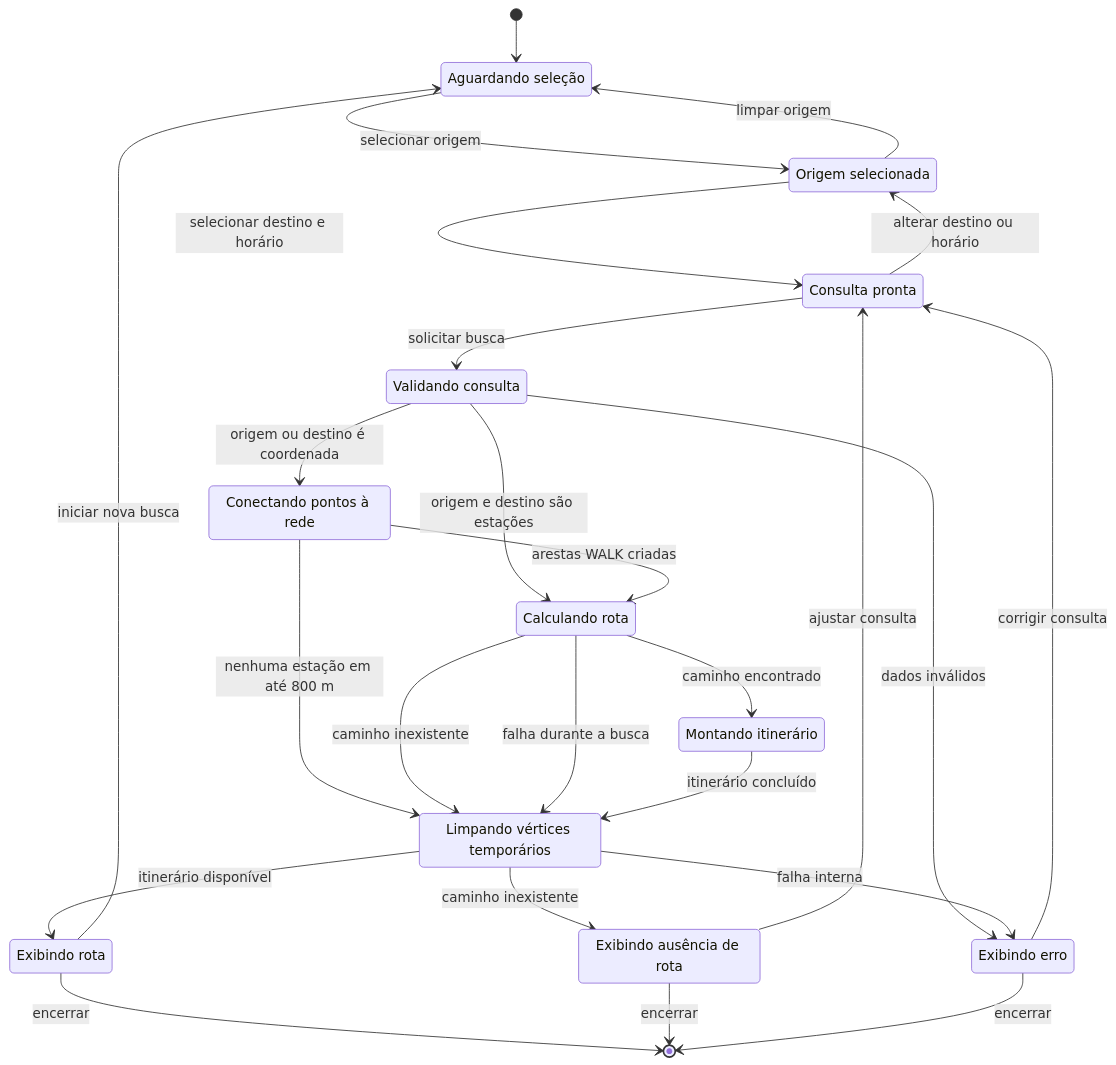
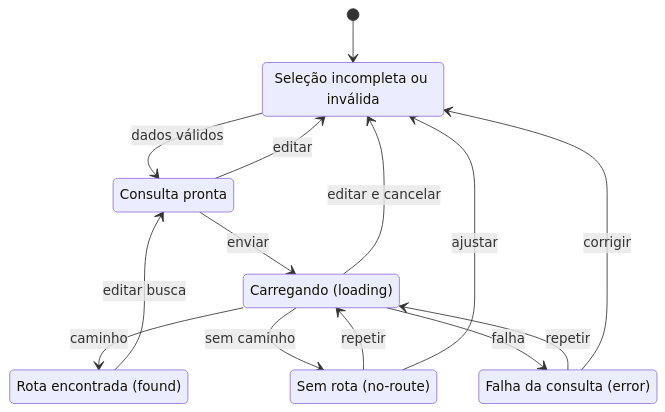
One commit to Luizfmaia10-dev/TP-Grafos changed the diagram in Artefatos/Diagramas/diagrama-estados.md. Above: the diagram before and after it, drawn with Mermaid. The commit also changed other lines of this file and 39 other files, not shown here.

Commit message:
docs(arquitetura): atualize diagramas e contratos do sistema

````diff
--- a/Artefatos/Diagramas/diagrama-estados.md
+++ b/Artefatos/Diagramas/diagrama-estados.md
@@ -7,46 +6,22 @@
 ```mermaid
 stateDiagram-v2
-    [*] --> AwaitingSelection
-
-    state "Aguardando seleção" as AwaitingSelection
-    state "Origem selecionada" as OriginSelected
-    state "Consulta pronta" as ReadyToSearch
-    state "Validando consulta" as Validating
-    state "Conectando pontos à rede" as Snapping
-    state "Calculando rota" as Calculating
-    state "Montando itinerário" as BuildingItinerary
-    state "Limpando vértices temporários" as Cleaning
-    state "Exibindo rota" as ShowingRoute
-    state "Exibindo ausência de rota" as ShowingNoRoute
-    state "Exibindo erro" as ShowingError
-
-    AwaitingSelection --> OriginSelected: selecionar origem
-    OriginSelected --> AwaitingSelection: limpar origem
-    OriginSelected --> ReadyToSearch: selecionar destino e horário
-    ReadyToSearch --> OriginSelected: alterar destino ou horário
-    ReadyToSearch --> Validating: solicitar busca
-
-    Validating --> ShowingError: dados inválidos
-    Validating --> Snapping: origem ou destino é coordenada
-    Validating --> Calculating: origem e destino são estações
-
-    Snapping --> Cleaning: nenhuma estação em até 800 m
-    Snapping --> Calculating: arestas WALK criadas
-
-    Calculating --> BuildingItinerary: caminho encontrado
-    Calculating --> Cleaning: caminho inexistente
-    Calculating --> Cleaning: falha durante a busca
-    BuildingItinerary --> Cleaning: itinerário concluído
-
-    Cleaning --> ShowingRoute: itinerário disponível
-    Cleaning --> ShowingNoRoute: caminho inexistente
-    Cleaning --> ShowingError: falha interna
-
-    ShowingRoute --> AwaitingSelection: iniciar nova busca
-    ShowingNoRoute --> ReadyToSearch: ajustar consulta
-    ShowingError --> ReadyToSearch: corrigir consulta
-
-    ShowingRoute --> [*]: encerrar
-    ShowingNoRoute --> [*]: encerrar
-    ShowingError --> [*]: encerrar
+    [*] --> Editing
+    state "Seleção incompleta ou inválida" as Editing
+    state "Consulta pronta" as Ready
+    state "Carregando (loading)" as Loading
+    state "Rota encontrada (found)" as Found
+    state "Sem rota (no-route)" as NoRoute
+    state "Falha da consulta (error)" as Error
+    Editing --> Ready: dados válidos
+    Ready --> Editing: editar
+    Ready --> Loading: enviar
+    Loading --> Found: caminho
+    Loading --> NoRoute: sem caminho
+    Loading --> Error: falha
+    Loading --> Editing: editar e cancelar
+    Found --> Ready: editar busca
+    NoRoute --> Loading: repetir
+    NoRoute --> Editing: ajustar
+    Error --> Loading: repetir
+    Error --> Editing: corrigir
 ```
````
